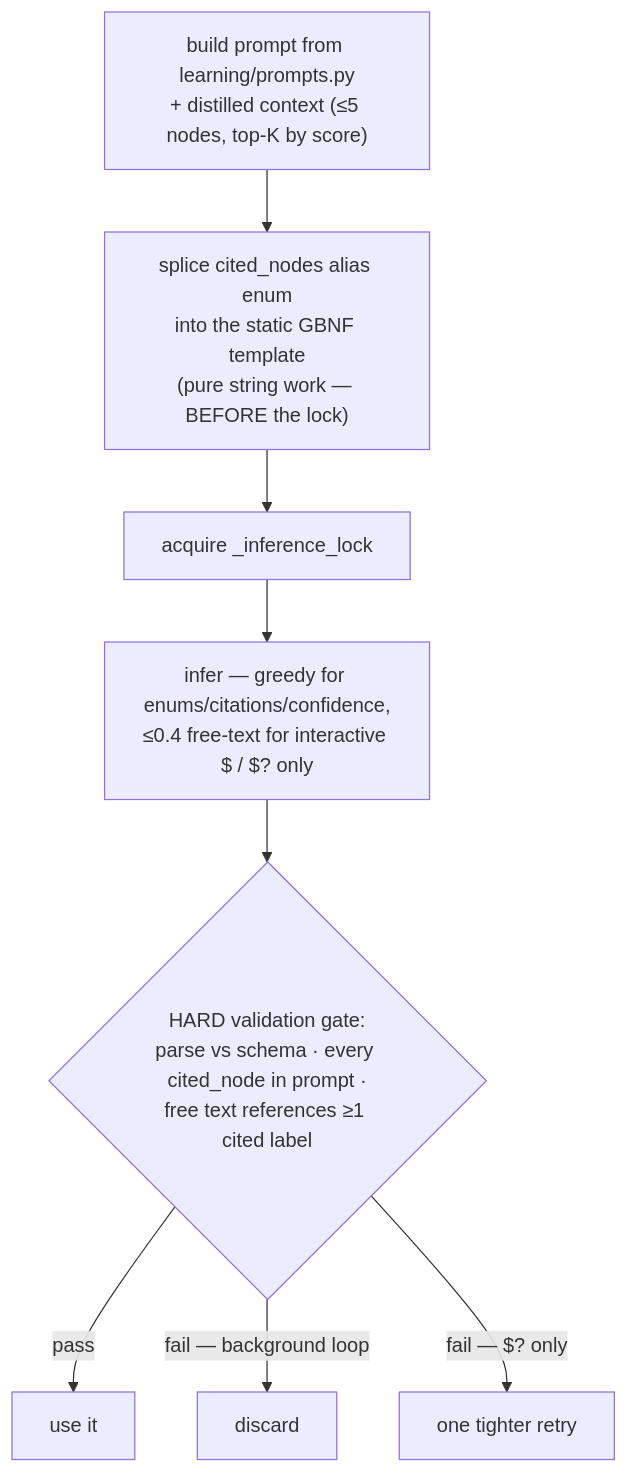
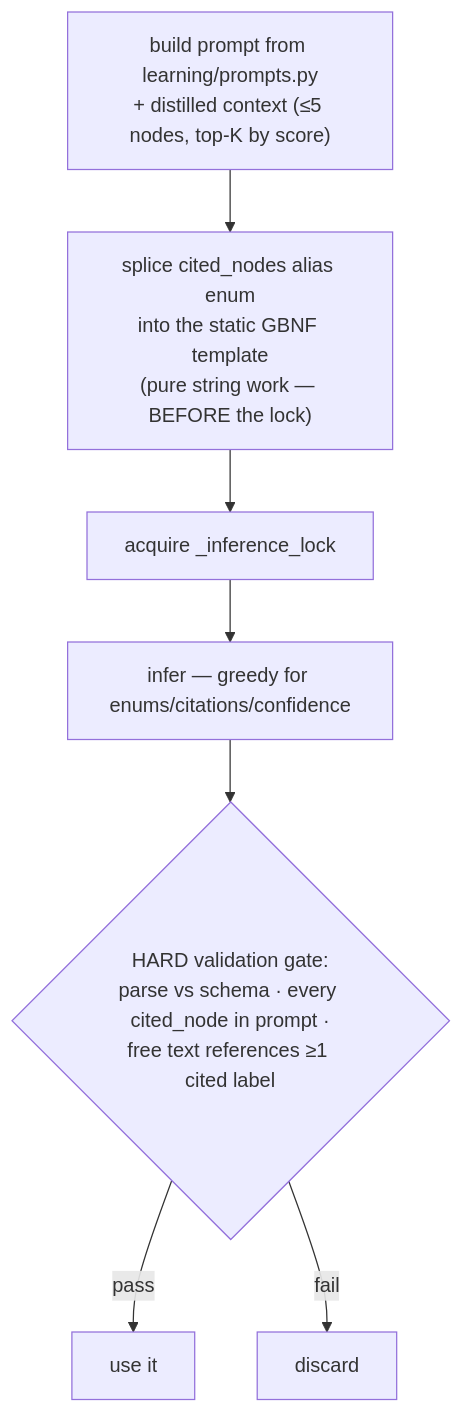
The second of 3 diagrams in rules.md (bhanot-99/NeuroPACA), drawn with Mermaid before and after one commit. The commit also changed other lines of this file and 24 other files, not shown here.

````diff
--- a/rules.md
+++ b/rules.md
@@ -84,10 +84,9 @@
 ```mermaid
 flowchart TD
     P["build prompt from learning/prompts.py<br/>+ distilled context (≤5 nodes, top-K by score)"] --> G["splice cited_nodes alias enum<br/>into the static GBNF template<br/>(pure string work — BEFORE the lock)"]
     G --> LK["acquire _inference_lock"]
-    LK --> I["infer — greedy for enums/citations/confidence,<br/>≤0.4 free-text for interactive $ / $? only"]
+    LK --> I["infer — greedy for enums/citations/confidence"]
     I --> V{"HARD validation gate:<br/>parse vs schema · every cited_node in prompt ·<br/>free text references ≥1 cited label"}
     V -->|pass| STORE[use it]
-    V -->|fail — background loop| DISCARD[discard]
-    V -->|fail — $? only| RETRY[one tighter retry]
+    V -->|fail| DISCARD[discard]
 ```
````
